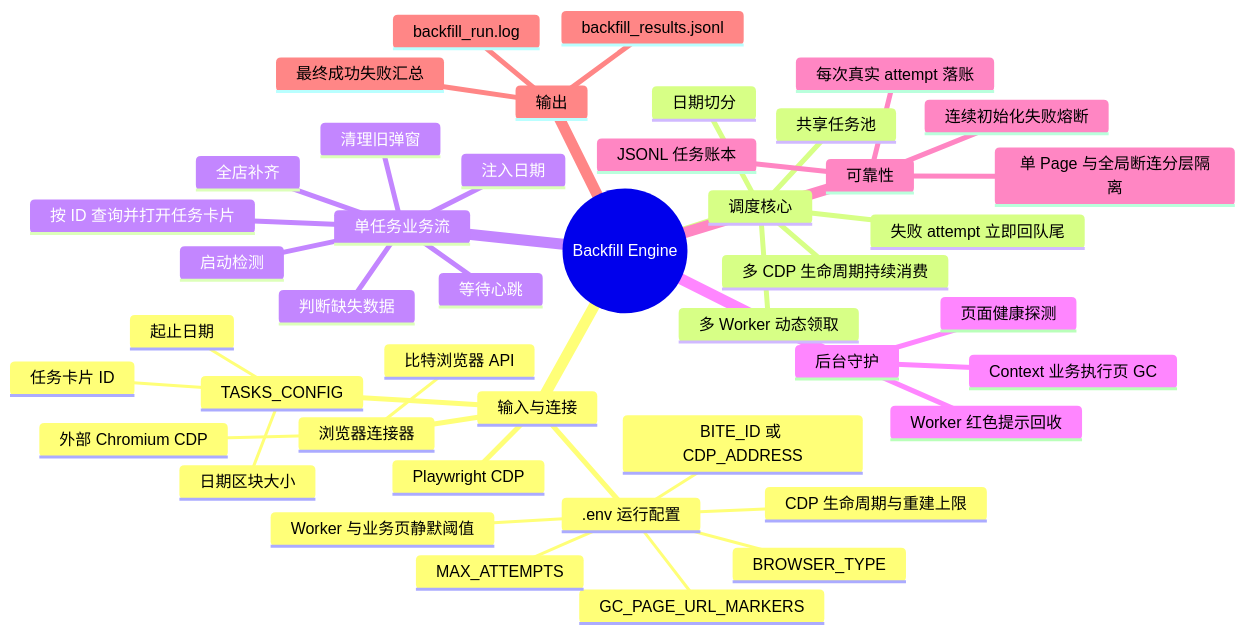
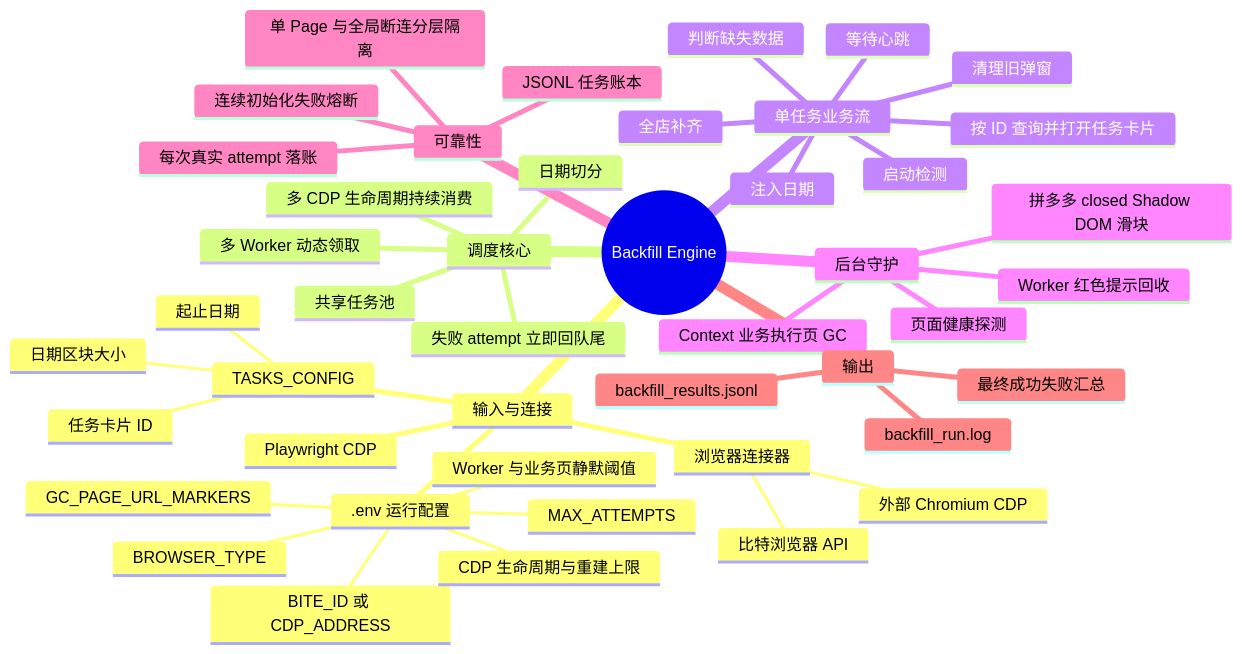
Before and after one commit to liao084/BitBrowser-Backfill-Engine: the first of 15 diagrams in ARCHITECTURE.md, drawn with Mermaid. The commit also changed other lines of this file and 8 other files, not shown here.

Commit message:
docs: refresh architecture and split env templates

````diff
--- a/ARCHITECTURE.md
+++ b/ARCHITECTURE.md
@@ -14,47 +14,48 @@
 ```mermaid
 mindmap
   root((Backfill Engine))
     输入与连接
       .env 运行配置
         BROWSER_TYPE
         BITE_ID 或 CDP_ADDRESS
         GC_PAGE_URL_MARKERS
         Worker 与业务页静默阈值
         MAX_ATTEMPTS
         CDP 生命周期与重建上限
       TASKS_CONFIG
         任务卡片 ID
         起止日期
         日期区块大小
       浏览器连接器
         比特浏览器 API
         外部 Chromium CDP
       Playwright CDP
     调度核心
       日期切分
       共享任务池
       多 Worker 动态领取
       失败 attempt 立即回队尾
       多 CDP 生命周期持续消费
     单任务业务流
       清理旧弹窗
       按 ID 查询并打开任务卡片
       注入日期
       启动检测
       判断缺失数据
       全店补齐
       等待心跳
     后台守护
       Worker 红色提示回收
       Context 业务执行页 GC
+      拼多多 closed Shadow DOM 滑块
       页面健康探测
     可靠性
       JSONL 任务账本
       每次真实 attempt 落账
       连续初始化失败熔断
       单 Page 与全局断连分层隔离
     输出
       backfill_run.log
       backfill_results.jsonl
       最终成功失败汇总
 ```
````
